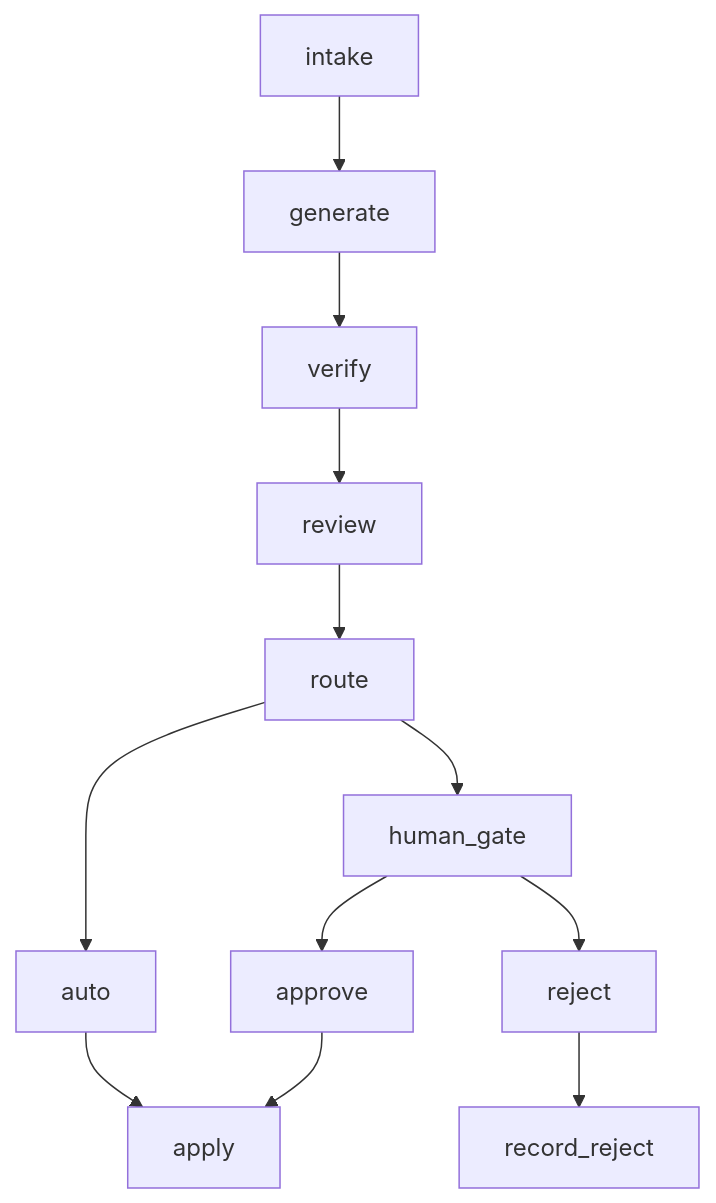
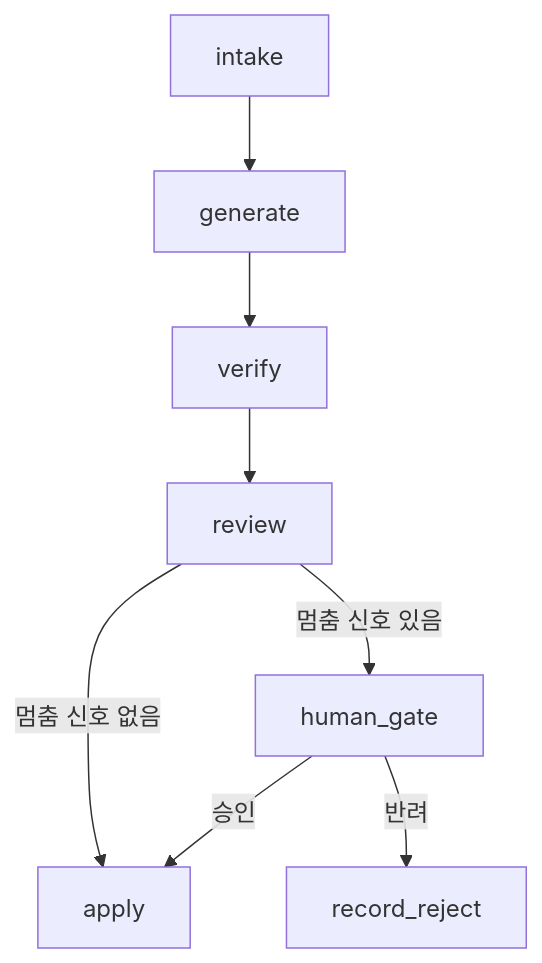
One commit to chictimin/agent-release-gate changed the diagram in REPORT.md. Above: the diagram before and after it, drawn with Mermaid. The commit also changed other lines of this file and 1 other file, not shown here.

````diff
--- a/REPORT.md
+++ b/REPORT.md
@@ -12,8 +11,8 @@
 ```mermaid
 flowchart TB
-    intake --> generate --> verify --> review --> route
-    route --> auto --> apply
-    route --> human_gate
-    human_gate --> approve --> apply
-    human_gate --> reject --> record_reject
+    intake --> generate --> verify --> review
+    review -- 멈춤 신호 없음 --> apply
+    review -- 멈춤 신호 있음 --> human_gate
+    human_gate -- 승인 --> apply
+    human_gate -- 반려 --> record_reject
 ```
````
